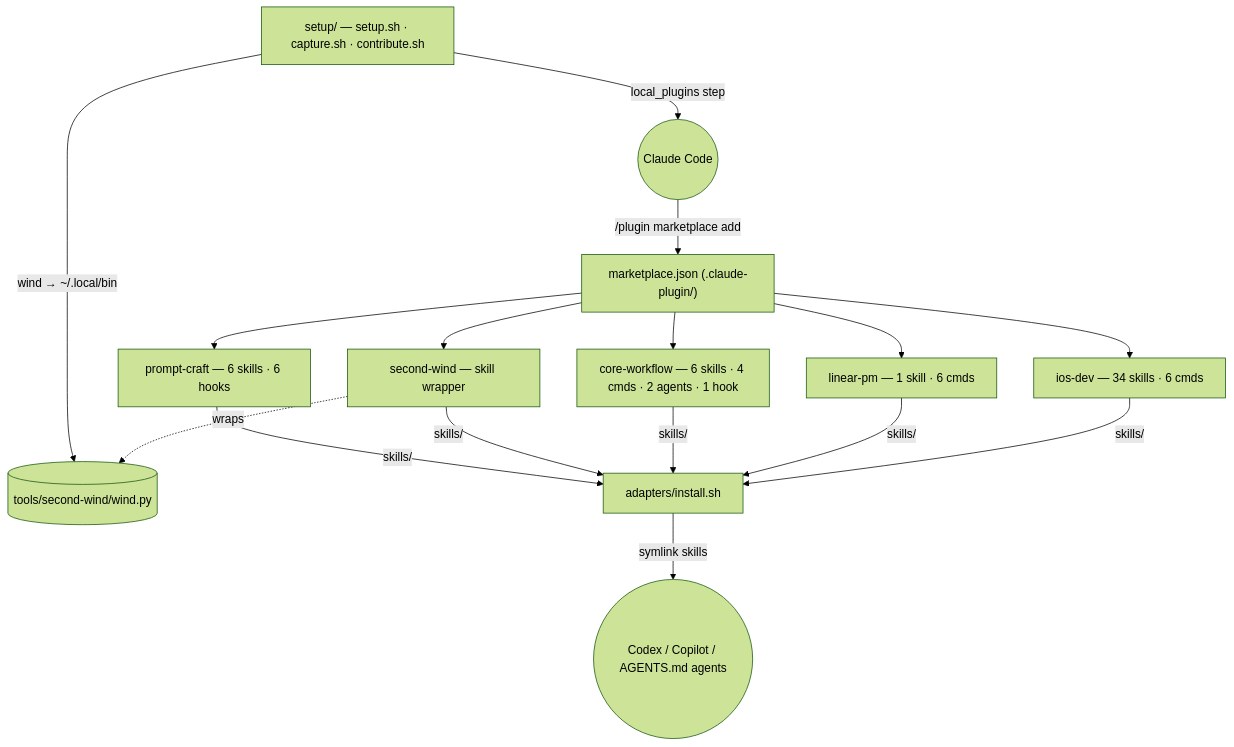
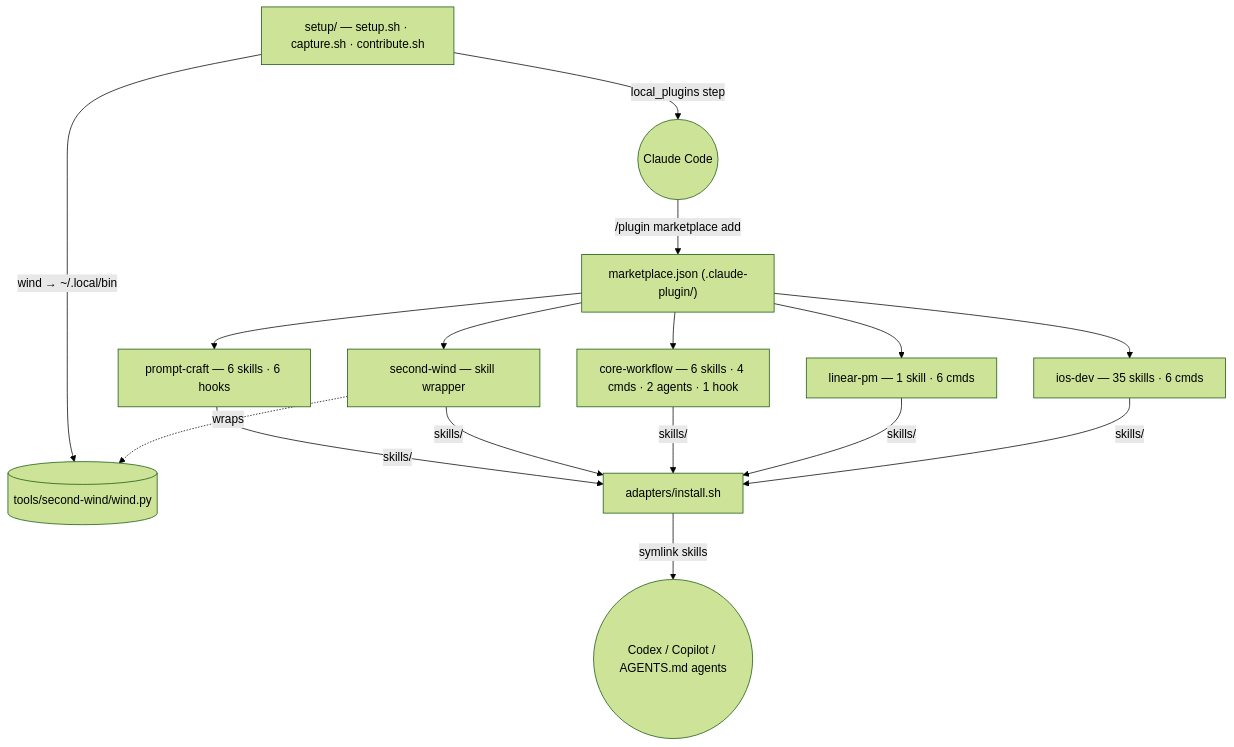
One commit to abhijitbansal/claude-skills changed the diagram in docs/architecture.md. Above: the diagram before and after it, drawn with Mermaid (forest theme). The commit also changed 23 other files, not shown here.

First line of the commit message:
feat(ios-dev): add release-inapp-vs-asc-whatsnew-surfaces skill, gate release on it (#15)

````diff
--- a/docs/architecture.md
+++ b/docs/architecture.md
@@ -15,22 +15,22 @@
 ```mermaid
 flowchart TD
   MP["marketplace.json (.claude-plugin/)"]
-  IOS["ios-dev — 34 skills · 6 cmds"]
+  IOS["ios-dev — 35 skills · 6 cmds"]
   LIN["linear-pm — 1 skill · 6 cmds"]
   CW["core-workflow — 6 skills · 4 cmds · 2 agents · 1 hook"]
   SW["second-wind — skill wrapper"]
   PC["prompt-craft — 6 skills · 6 hooks"]
   WIND[("tools/second-wind/wind.py")]
   AD["adapters/install.sh"]
   SEED["setup/ — setup.sh · capture.sh · contribute.sh"]
   CC(("Claude Code"))
   OTHER(("Codex / Copilot / AGENTS.md agents"))
 
   MP --> IOS & LIN & CW & SW & PC
   SW -.->|wraps| WIND
   CC -->|"/plugin marketplace add"| MP
   SEED -->|local_plugins step| CC
   SEED -->|"wind → ~/.local/bin"| WIND
   AD -->|symlink skills| OTHER
   IOS & LIN & CW & SW & PC -->|skills/| AD
 ```
````
